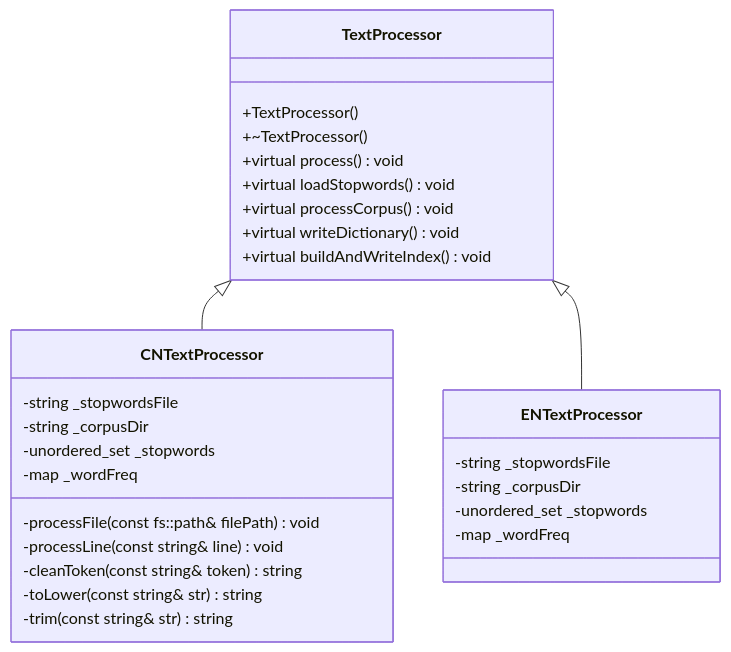
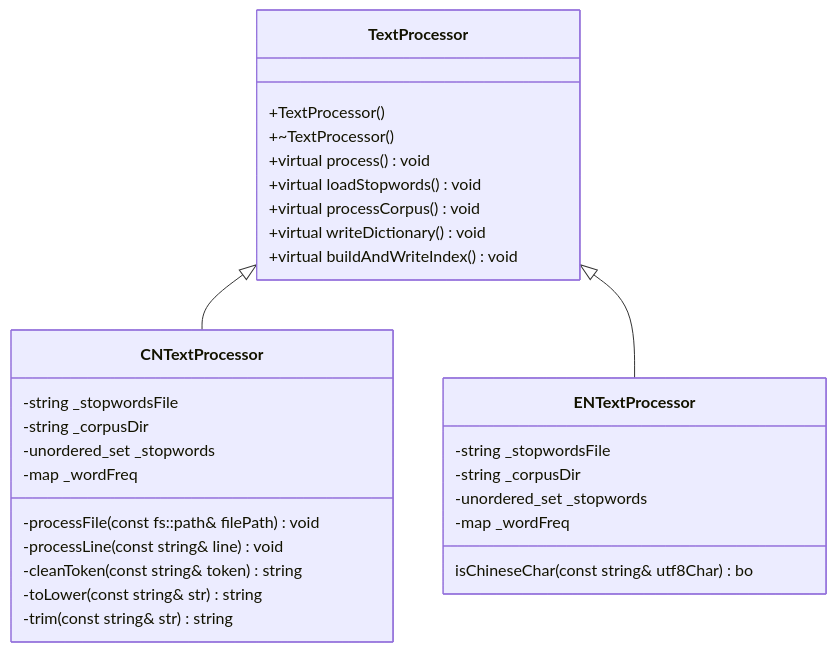
Before and after one commit to Jason-DancingBoy/iodraw-files: the diagram in all/未命名-1.md, drawn with Mermaid.

Commit message:
2026-01-02 21:20:53 update

````diff
--- a/all/未命名-1.md
+++ b/all/未命名-1.md
@@ -1,34 +1,34 @@
 ```mermaid
 classDiagram
     TextProcessor <|-- CNTextProcessor
     TextProcessor <|-- ENTextProcessor
     TextProcessor: +TextProcessor()
     TextProcessor: +~TextProcessor()
     TextProcessor: +virtual process() void
     TextProcessor: +virtual loadStopwords() void 
     TextProcessor: +virtual processCorpus() void
     TextProcessor: +virtual writeDictionary() void
     TextProcessor: +virtual buildAndWriteIndex() void
     class CNTextProcessor{
       -string _stopwordsFile
       -string _corpusDir
       -unordered_set<string> _stopwords
       -map<string, int> _wordFreq
       -processFile(const fs::path& filePath) void
       -processLine(const string& line) void 
       -cleanToken(const string& token) string
       -toLower(const string& str) string
       -trim(const string& str) string
     }
     class ENTextProcessor{
       -string _stopwordsFile
       -string _corpusDir
       -unordered_set<string> _stopwords
       -map<string, int> _wordFreq
-     
+     isChineseChar(const string& utf8Char) bo
     }
     %%  string _stopwordsFile; // 存放停用词文件名
     %%  string _corpusDir; // 存放语料库目录
     %%  unordered_set<string> _stopwords; // 用来存放停用词
     %%  map<string, int> _wordFreq;
 ```
````
